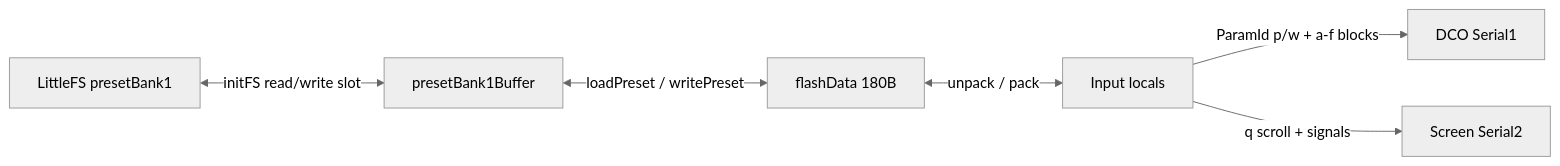
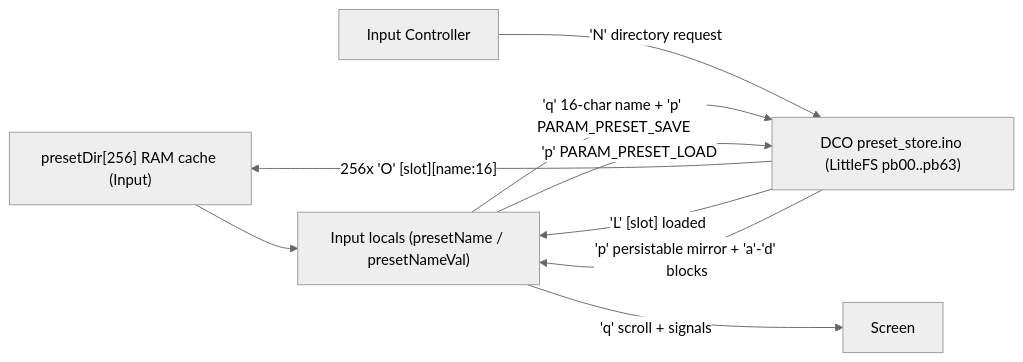
One commit to felipegaspari/DCO3-MONOSYNTH-INPUT-CONTROLLER changed the first of 2 diagrams in docs/PRESETS.md. Above: the diagram before and after it, drawn with Mermaid (neutral theme). The commit also changed other lines of this file and 23 other files, not shown here.

First line of the commit message:
Make Input controller a shared codebase (DCO3 + DCO4-REBORN)

````diff
--- a/docs/PRESETS.md
+++ b/docs/PRESETS.md
@@ -34,15 +53,16 @@
 ```mermaid
 flowchart LR
-  LFS["LittleFS presetBank1"]
-  RAM["presetBank1Buffer"]
-  Slot["flashData 180B"]
-  Locals["Input locals"]
-  DCO["DCO Serial1"]
-  Scr["Screen Serial2"]
+  Dir["presetDir[256] RAM cache (Input)"]
+  Locals["Input locals (presetName / presetNameVal)"]
+  DCO["DCO preset_store.ino (LittleFS pb00..pb63)"]
+  Scr["Screen"]
 
-  LFS <-->|"initFS read/write slot"| RAM
-  RAM <-->|"loadPreset / writePreset"| Slot
-  Slot <-->|"unpack / pack"| Locals
-  Locals -->|"ParamId p/w + a-f blocks"| DCO
-  Locals -->|"q scroll + signals"| Scr
+  Input["Input Controller"] -->|"'N' directory request"| DCO
+  DCO -->|"256x 'O' [slot][name:16]"| Dir
+  Dir --> Locals
+  Locals -->|"'q' 16-char name + 'p' PARAM_PRESET_SAVE"| DCO
+  Locals -->|"'p' PARAM_PRESET_LOAD"| DCO
+  DCO -->|"'L' [slot] loaded"| Locals
+  DCO -->|"'p' persistable mirror + 'a'-'d' blocks"| Locals
+  Locals -->|"'q' scroll + signals"| Scr
 ```
````
